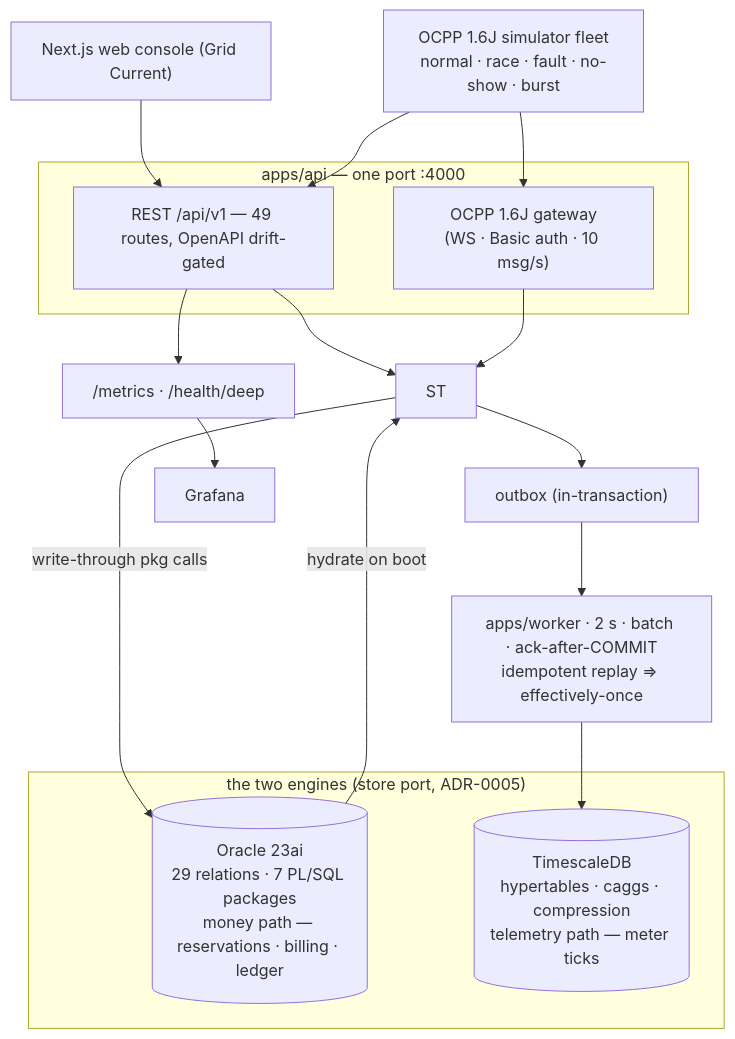
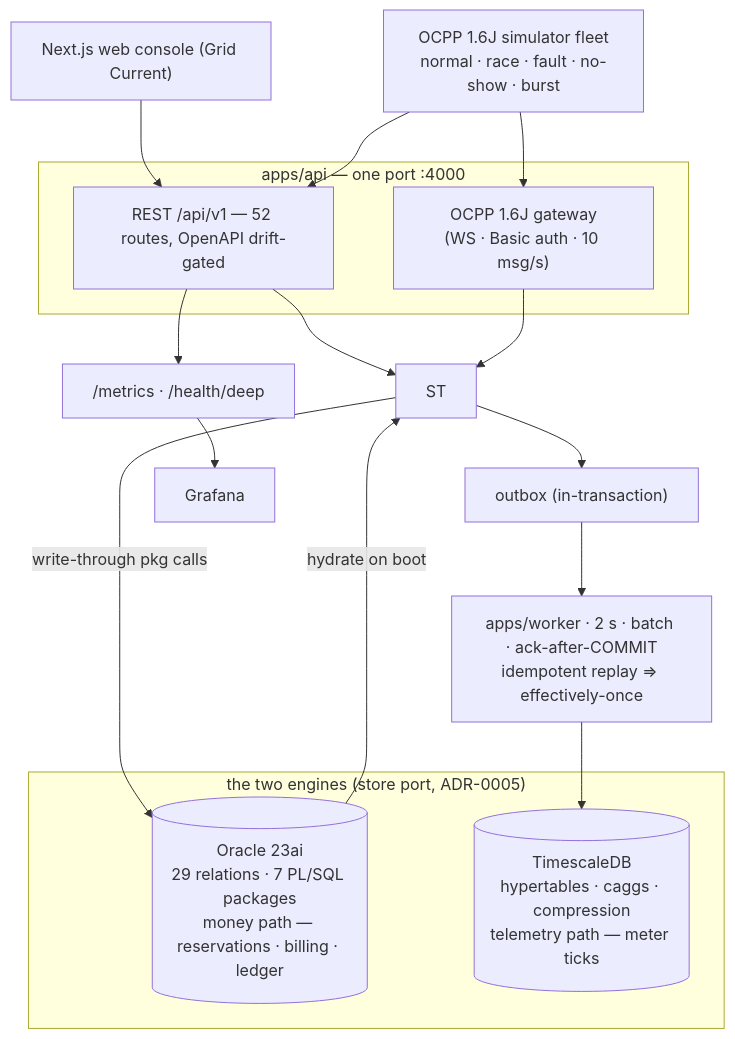
The diagram in README.md (humoge7502/VoltHub-CSMS), drawn with Mermaid before and after one commit. The commit also changed other lines of this file and 39 other files, not shown here.

````diff
--- a/README.md
+++ b/README.md
@@ -95,22 +95,22 @@
 ```mermaid
 flowchart TB
   W["Next.js web console (Grid Current)"] --> REST
   SIM["OCPP 1.6J simulator fleet<br/>normal · race · fault · no-show · burst"] --> GW
   SIM --> REST
   subgraph API["apps/api — one port :4000"]
-    REST["REST /api/v1 — 49 routes, OpenAPI drift-gated"]
+    REST["REST /api/v1 — 52 routes, OpenAPI drift-gated"]
     GW["OCPP 1.6J gateway<br/>(WS · Basic auth · 10 msg/s)"]
   end
   REST --> ST
   GW --> ST
   subgraph ENG["the two engines (store port, ADR-0005)"]
     ORA[("Oracle 23ai<br/>29 relations · 7 PL/SQL packages<br/>money path — reservations · billing · ledger")]
     TS[("TimescaleDB<br/>hypertables · caggs · compression<br/>telemetry path — meter ticks")]
   end
   ST -- "write-through pkg calls" --> ORA
   ORA -- "hydrate on boot" --> ST
   ST --> OB["outbox (in-transaction)"]
   OB --> REL["apps/worker · 2 s · batch · ack-after-COMMIT<br/>idempotent replay ⇒ effectively-once"]
   REL --> TS
   REST --> MX["/metrics · /health/deep"] --> GF["Grafana"]
 ```
````
